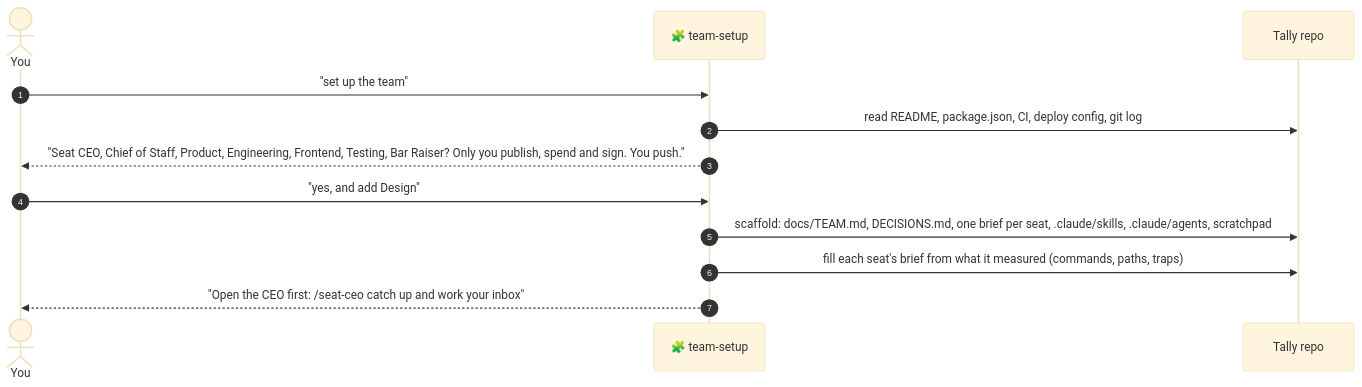
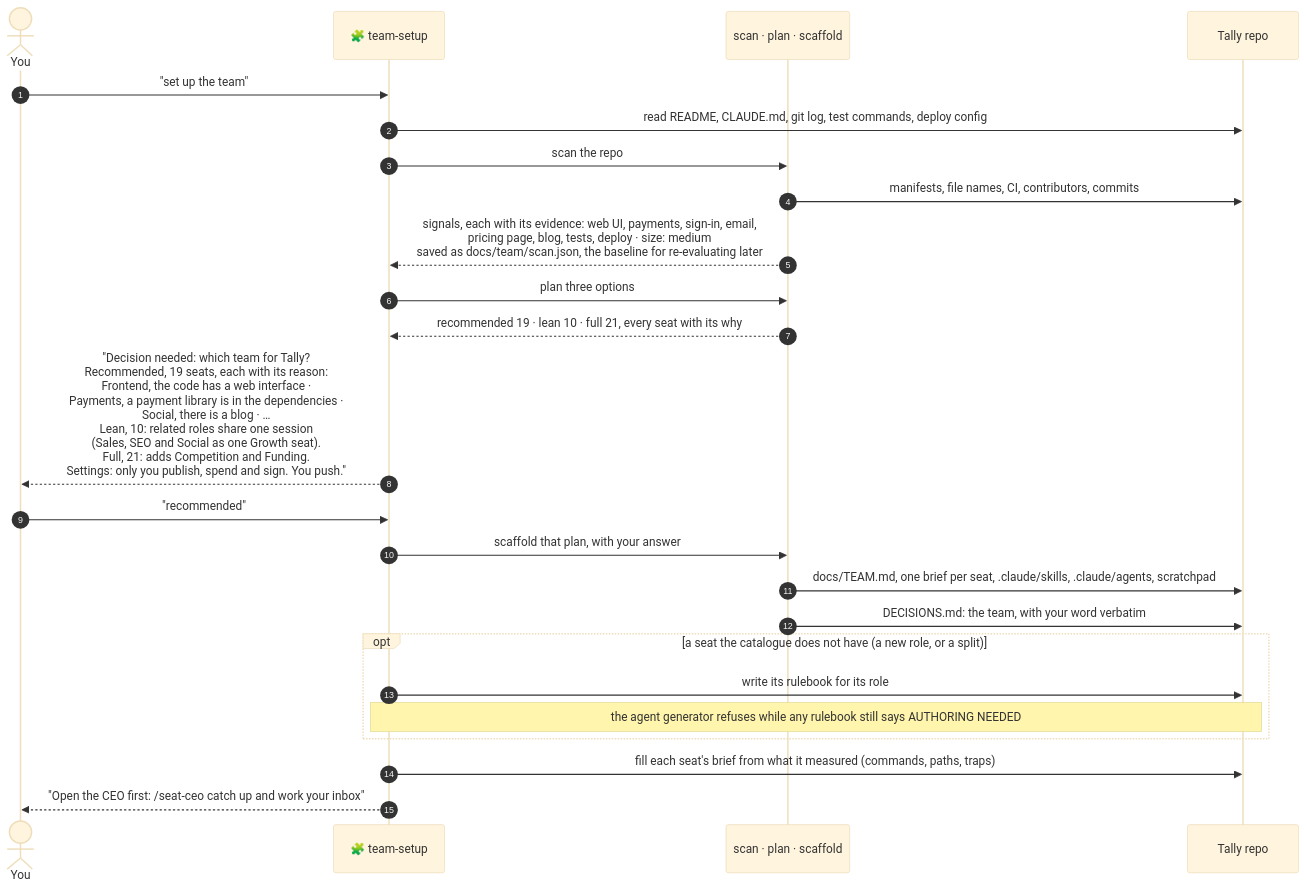
One commit to fauzulkc/agent-team changed the second of 10 diagrams in docs/orchestration-diagrams.md. Above: the diagram before and after it, drawn with Mermaid (base theme). The commit also changed other lines of this file and 15 other files, not shown here.

Commit message:
dynamic seats: team-reevaluate skill, seat contract, setup skill rewrite, 37 tests, docs for 1.3.0 (pre-review checkpoint; 80 confirmed review findings fixed next)

````diff
--- a/docs/orchestration-diagrams.md
+++ b/docs/orchestration-diagrams.md
@@ -55,14 +63,26 @@
 ```mermaid
 sequenceDiagram
     autonumber
     actor You
     participant Setup as 🧩 team-setup
+    participant Tools as scan · plan · scaffold
     participant Repo as Tally repo
     You->>Setup: "set up the team"
-    Setup->>Repo: read README, package.json, CI, deploy config, git log
-    Setup-->>You: "Seat CEO, Chief of Staff, Product, Engineering, Frontend, Testing, Bar Raiser? Only you publish, spend and sign. You push."
-    You->>Setup: "yes, and add Design"
-    Setup->>Repo: scaffold: docs/TEAM.md, DECISIONS.md, one brief per seat, .claude/skills, .claude/agents, scratchpad
+    Setup->>Repo: read README, CLAUDE.md, git log, test commands, deploy config
+    Setup->>Tools: scan the repo
+    Tools->>Repo: manifests, file names, CI, contributors, commits
+    Tools-->>Setup: signals, each with its evidence: web UI, payments, sign-in, email,<br/>pricing page, blog, tests, deploy · size: medium<br/>saved as docs/team/scan.json, the baseline for re-evaluating later
+    Setup->>Tools: plan three options
+    Tools-->>Setup: recommended 19 · lean 10 · full 21, every seat with its why
+    Setup-->>You: "Decision needed: which team for Tally?<br/>Recommended, 19 seats, each with its reason:<br/>Frontend, the code has a web interface ·<br/>Payments, a payment library is in the dependencies ·<br/>Social, there is a blog · …<br/>Lean, 10: related roles share one session<br/>(Sales, SEO and Social as one Growth seat).<br/>Full, 21: adds Competition and Funding.<br/>Settings: only you publish, spend and sign. You push."
+    You->>Setup: "recommended"
+    Setup->>Tools: scaffold that plan, with your answer
+    Tools->>Repo: docs/TEAM.md, one brief per seat, .claude/skills, .claude/agents, scratchpad
+    Tools->>Repo: DECISIONS.md: the team, with your word verbatim
+    opt a seat the catalogue does not have (a new role, or a split)
+        Setup->>Repo: write its rulebook for its role
+        Note over Setup,Repo: the agent generator refuses while any rulebook still says AUTHORING NEEDED
+    end
     Setup->>Repo: fill each seat's brief from what it measured (commands, paths, traps)
     Setup-->>You: "Open the CEO first: /seat-ceo catch up and work your inbox"
 ```
````
